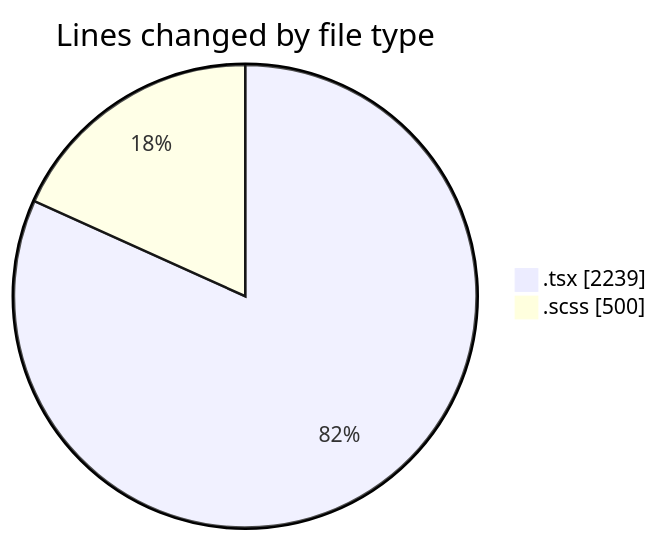
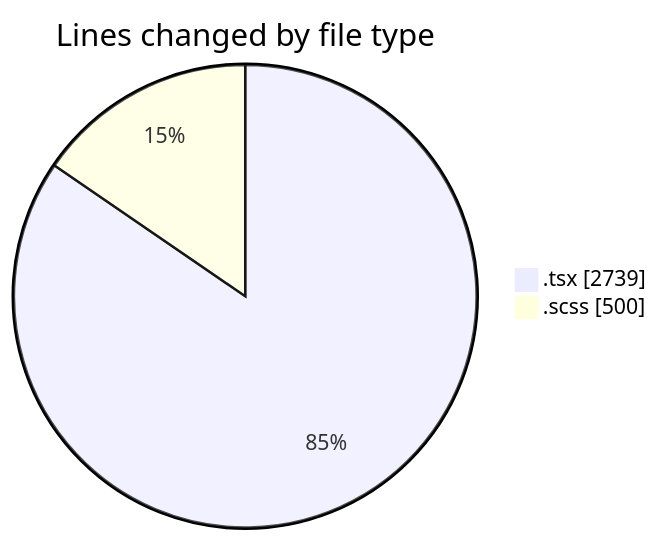
Before and after one commit to momahboobian/code-tracking: the first of 2 diagrams in 2025-04-10/cda/README.md, drawn with Mermaid. The commit also changed other lines of this file and 1 other file, not shown here.

````diff
--- a/2025-04-10/cda/README.md
+++ b/2025-04-10/cda/README.md
@@ -26,6 +26,6 @@
 ```mermaid
 pie showData
 title Lines changed by file type
-".tsx" : 2239
+".tsx" : 2739
 ".scss" : 500
 ```
````
